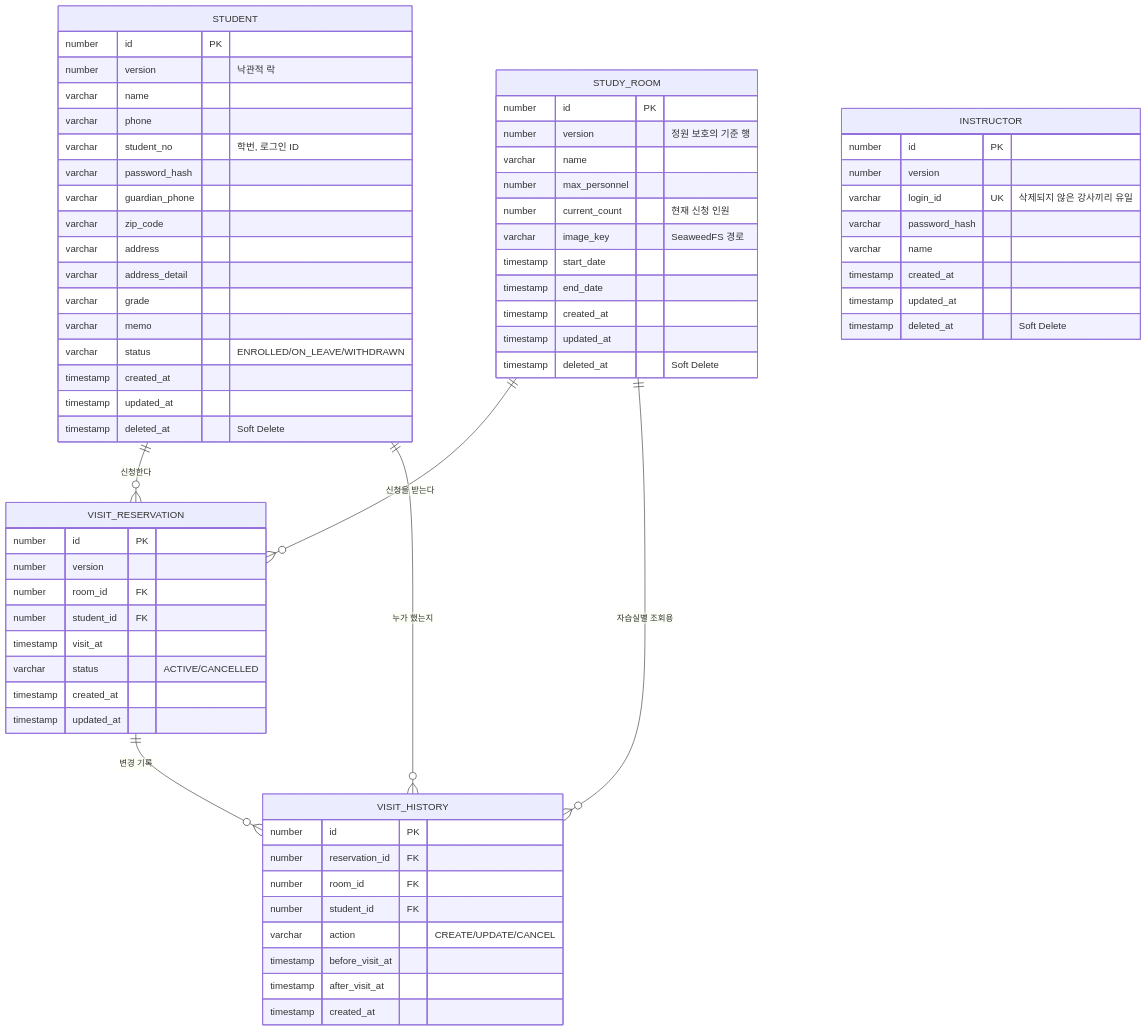
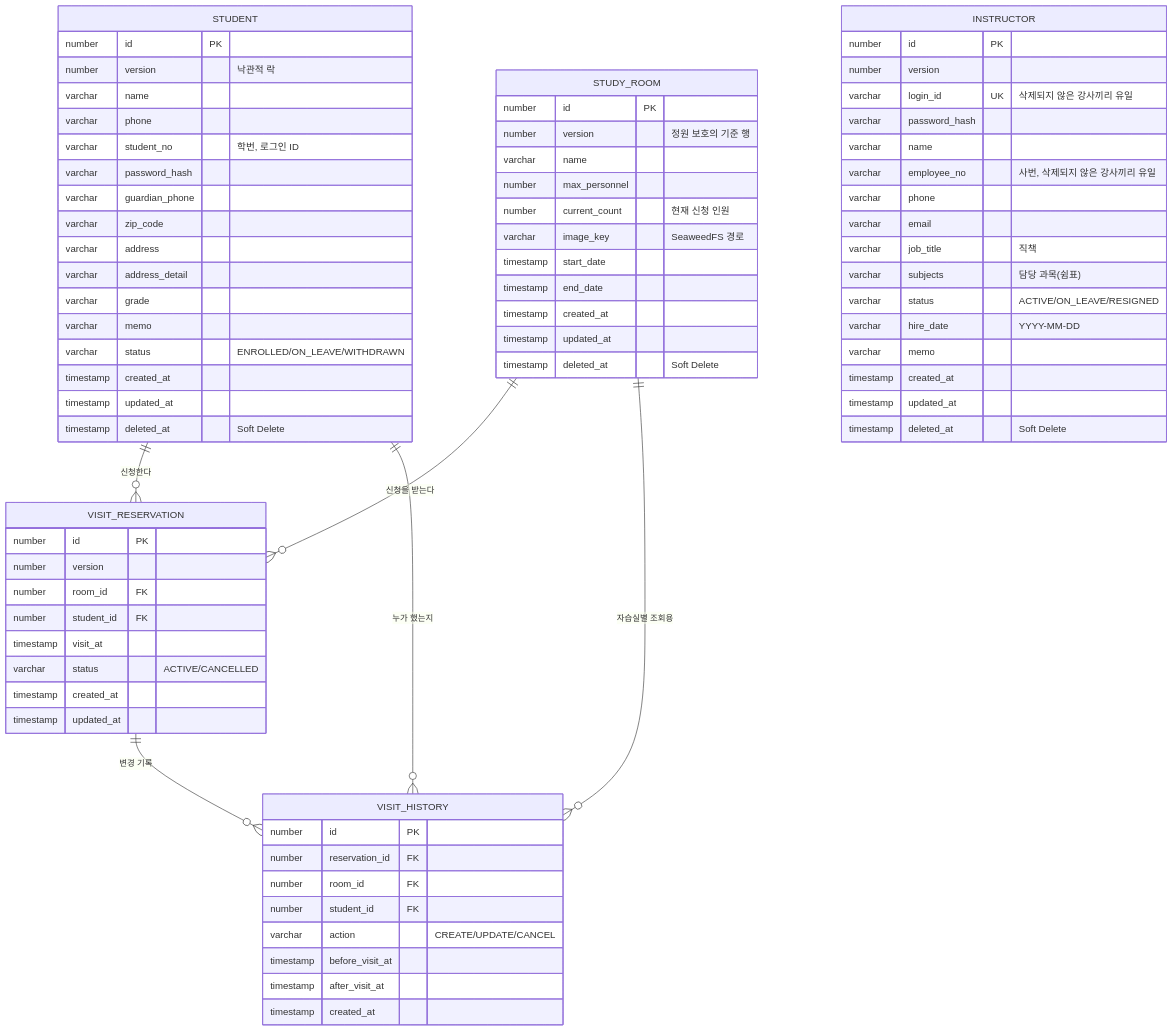
Before and after one commit to youngeiya/study-room-reservation: the diagram in docs/03-데이터-모델.md, drawn with Mermaid. The commit also changed other lines of this file and 3 other files, not shown here.

````diff
--- a/docs/03-데이터-모델.md
+++ b/docs/03-데이터-모델.md
@@ -8,70 +8,78 @@
 ```mermaid
 erDiagram
   STUDENT ||--o{ VISIT_RESERVATION : "신청한다"
   STUDY_ROOM ||--o{ VISIT_RESERVATION : "신청을 받는다"
   VISIT_RESERVATION ||--o{ VISIT_HISTORY : "변경 기록"
   STUDY_ROOM ||--o{ VISIT_HISTORY : "자습실별 조회용"
   STUDENT ||--o{ VISIT_HISTORY : "누가 했는지"
 
   STUDENT {
     number id PK
     number version "낙관적 락"
     varchar name
     varchar phone
     varchar student_no "학번, 로그인 ID"
     varchar password_hash
     varchar guardian_phone
     varchar zip_code
     varchar address
     varchar address_detail
     varchar grade
     varchar memo
     varchar status "ENROLLED/ON_LEAVE/WITHDRAWN"
     timestamp created_at
     timestamp updated_at
     timestamp deleted_at "Soft Delete"
   }
   INSTRUCTOR {
     number id PK
     number version
     varchar login_id UK "삭제되지 않은 강사끼리 유일"
     varchar password_hash
     varchar name
+    varchar employee_no "사번, 삭제되지 않은 강사끼리 유일"
+    varchar phone
+    varchar email
+    varchar job_title "직책"
+    varchar subjects "담당 과목(쉼표)"
+    varchar status "ACTIVE/ON_LEAVE/RESIGNED"
+    varchar hire_date "YYYY-MM-DD"
+    varchar memo
     timestamp created_at
     timestamp updated_at
     timestamp deleted_at "Soft Delete"
   }
   STUDY_ROOM {
     number id PK
     number version "정원 보호의 기준 행"
     varchar name
     number max_personnel
     number current_count "현재 신청 인원"
     varchar image_key "SeaweedFS 경로"
     timestamp start_date
     timestamp end_date
     timestamp created_at
     timestamp updated_at
     timestamp deleted_at "Soft Delete"
   }
   VISIT_RESERVATION {
     number id PK
     number version
     number room_id FK
     number student_id FK
     timestamp visit_at
     varchar status "ACTIVE/CANCELLED"
     timestamp created_at
     timestamp updated_at
   }
   VISIT_HISTORY {
     number id PK
     number reservation_id FK
     number room_id FK
     number student_id FK
     varchar action "CREATE/UPDATE/CANCEL"
     timestamp before_visit_at
     timestamp after_visit_at
     timestamp created_at
   }
 ```
````
